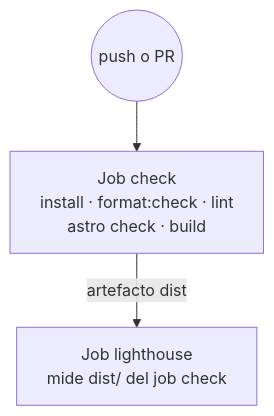
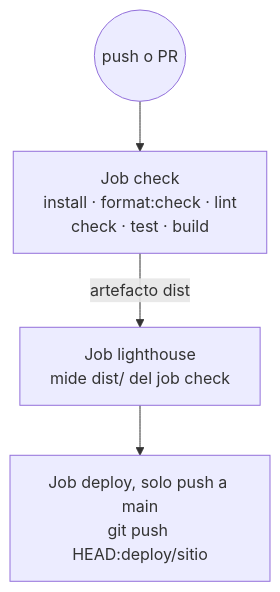
The fourth of 4 diagrams in docs/plataforma/06-desarrollo-y-operacion.md (samirharrytl/DHC_landing), drawn with Mermaid before and after one commit. The commit also changed other lines of this file and 94 other files, not shown here.

````diff
--- a/docs/plataforma/06-desarrollo-y-operacion.md
+++ b/docs/plataforma/06-desarrollo-y-operacion.md
@@ -397,8 +218,10 @@
 ```mermaid
 flowchart TB
     F0(("push o PR"))
-    F1["Job check<br/>install · format:check · lint<br/>astro check · build"]
-    F3["Job lighthouse<br/>mide dist/ del job check"]
+    F1["Job check<br/>install · format:check · lint<br/>check · test · build"]
+    F2["Job lighthouse<br/>mide dist/ del job check"]
+    F3["Job deploy, solo push a main<br/>git push HEAD:deploy/sitio"]
     F0 --> F1
-    F1 -- "artefacto dist" --> F3
+    F1 -- "artefacto dist" --> F2
+    F2 --> F3
 ```
````
